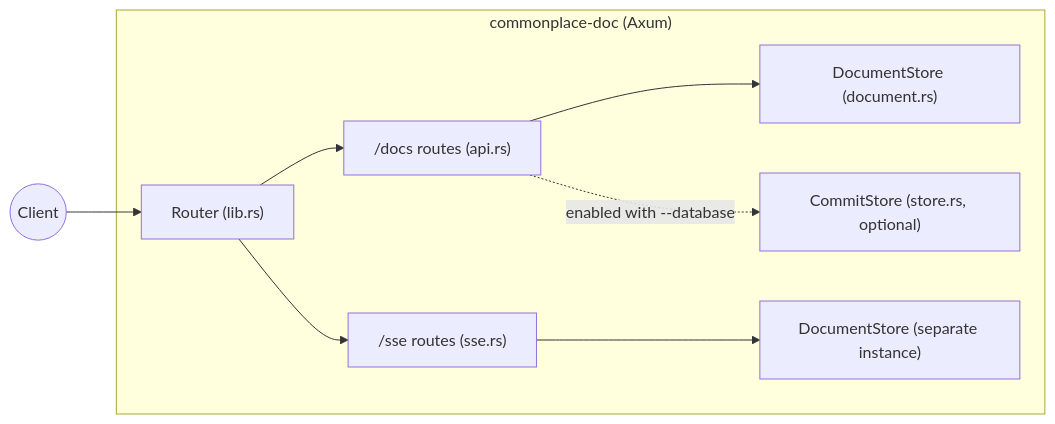
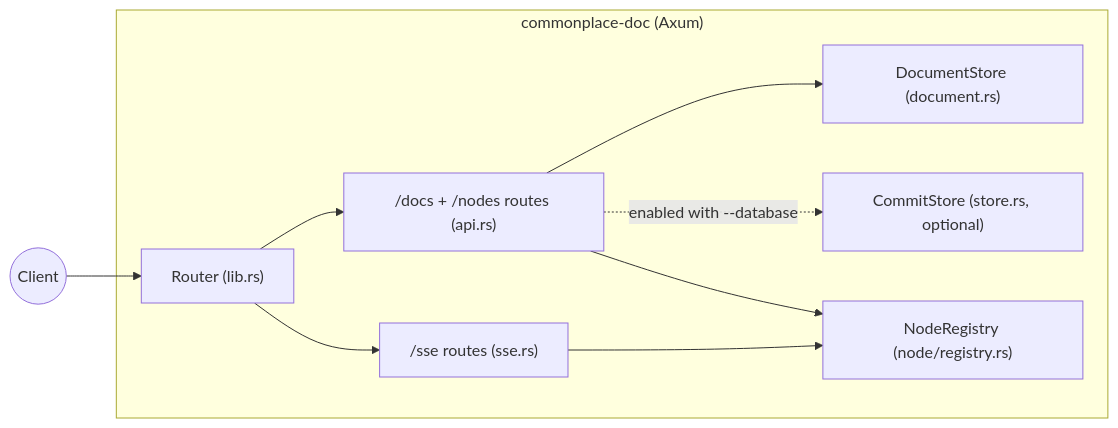
The first of 4 diagrams in docs/ARCHITECTURE.md (jes5199/commonplace-doc), drawn with Mermaid before and after one commit. The commit also changed other lines of this file and 12 other files, not shown here.

First line of the commit message:
Add Node trait abstraction for reactive document processing

````diff
--- a/docs/ARCHITECTURE.md
+++ b/docs/ARCHITECTURE.md
@@ -48,25 +54,25 @@
 ```mermaid
 flowchart LR
   Client((Client))
 
   subgraph App["commonplace-doc (Axum)"]
     Router["Router (lib.rs)"]
 
-    API["/docs routes (api.rs)"]
+    API["/docs + /nodes routes (api.rs)"]
     SSE["/sse routes (sse.rs)"]
 
     DocStore["DocumentStore (document.rs)"]
     CommitStore["CommitStore (store.rs, optional)"]
-
-    SseDocStore["DocumentStore (separate instance)"]
+    NodeRegistry["NodeRegistry (node/registry.rs)"]
   end
 
   Client --> Router
   Router --> API
   Router --> SSE
 
   API --> DocStore
   API -. enabled with --database .-> CommitStore
+  API --> NodeRegistry
 
-  SSE --> SseDocStore
+  SSE --> NodeRegistry
 ```
````
